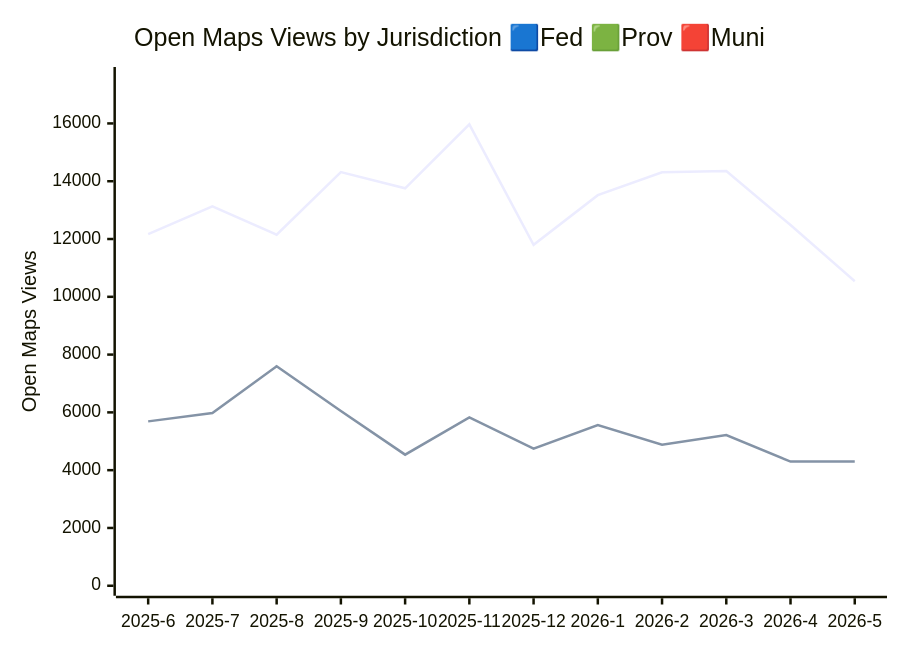
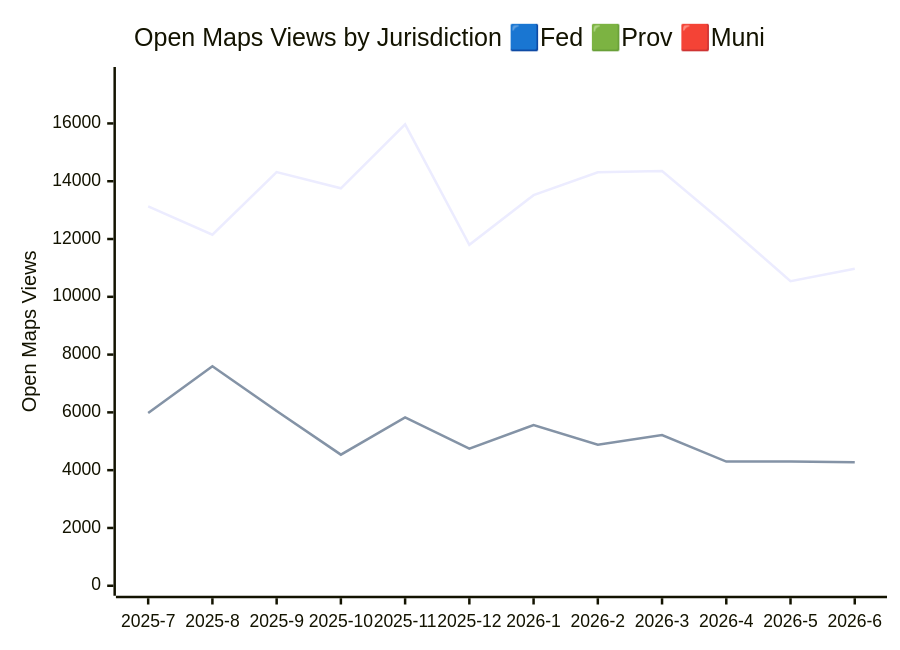
Before and after one commit to PatLittle/analytics-corporate-reporting: the third of 3 diagrams in JURISDICTION_ANALYTICS_REPORT/readme.md, drawn with Mermaid. The commit also changed other lines of this file and 3 other files, not shown here.

````diff
--- a/JURISDICTION_ANALYTICS_REPORT/readme.md
+++ b/JURISDICTION_ANALYTICS_REPORT/readme.md
@@ -42,9 +42,9 @@
 ```mermaid
 
 xychart-beta
     title "Open Maps Views by Jurisdiction 🟦Fed 🟩Prov 🟥Muni"
-    x-axis [2025-6, 2025-7, 2025-8, 2025-9, 2025-10, 2025-11, 2025-12, 2026-1, 2026-2, 2026-3, 2026-4, 2026-5]
+    x-axis [2025-7, 2025-8, 2025-9, 2025-10, 2025-11, 2025-12, 2026-1, 2026-2, 2026-3, 2026-4, 2026-5, 2026-6]
     y-axis "Open Maps Views" 0 --> 17607
-    line [12169, 13130, 12149, 14318, 13754, 15966, 11799, 13518, 14311, 14350, 12485, 10540]
-    line [5689, 5975, 7598, 6049, 4537, 5825, 4746, 5561, 4884, 5214, 4298, 4298]
+    line [13130, 12149, 14318, 13754, 15966, 11799, 13518, 14311, 14350, 12485, 10540, 10972]
+    line [5975, 7598, 6049, 4537, 5825, 4746, 5561, 4884, 5214, 4298, 4298, 4278]
 ```
````
